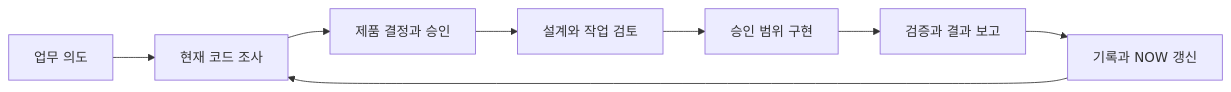
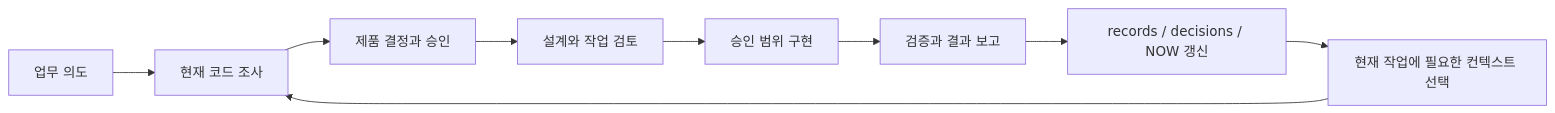
The diagram in README.md (msang710/SKIP), drawn with Mermaid before and after one commit. The commit also changed other lines of this file, not shown here.

````diff
--- a/README.md
+++ b/README.md
@@ -34,10 +52,11 @@
 ```mermaid
 flowchart LR
     A[업무 의도] --> B[현재 코드 조사]
     B --> C[제품 결정과 승인]
     C --> D[설계와 작업 검토]
     D --> E[승인 범위 구현]
     E --> F[검증과 결과 보고]
-    F --> G[기록과 NOW 갱신]
-    G --> B
+    F --> G[records / decisions / NOW 갱신]
+    G --> H[현재 작업에 필요한 컨텍스트 선택]
+    H --> B
 ```
````
